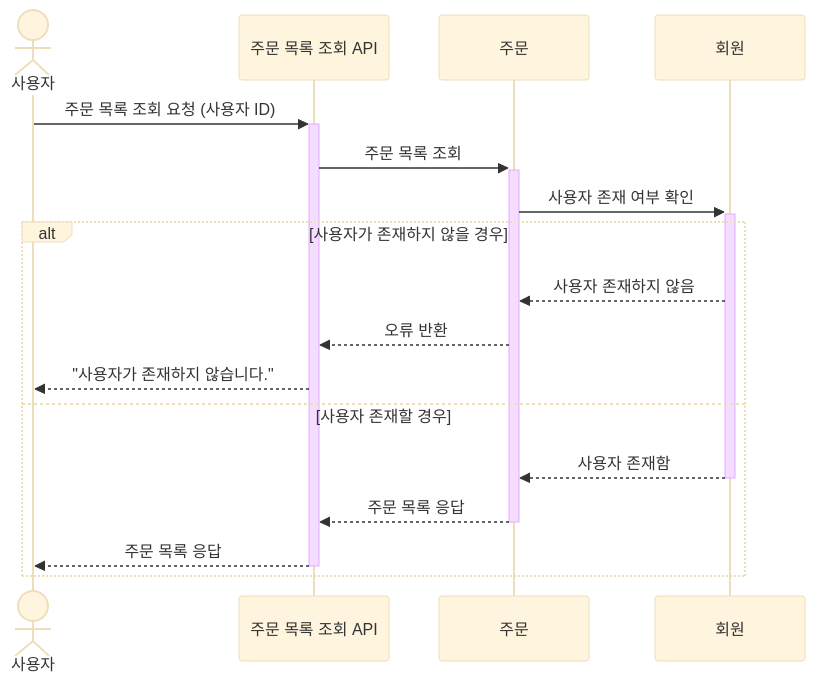
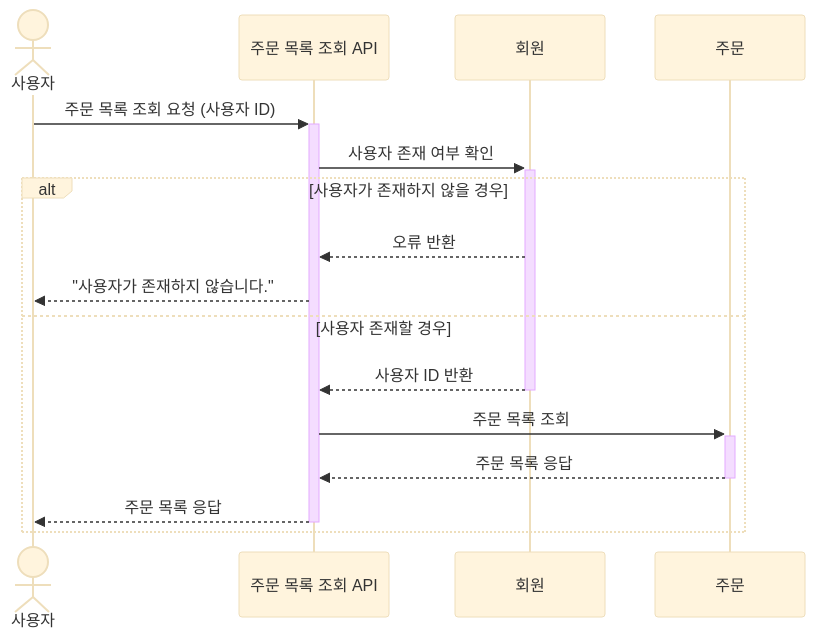
One commit to kodonghee/loopers-e-commerce changed the seventh of 8 diagrams in docs/design/02-sequence-diagrams.md. Above: the diagram before and after it, drawn with Mermaid (base theme). The commit also changed other lines of this file, not shown here.

Commit message:
fix: 시퀀스 다이어그램 - 구조 변경

````diff
--- a/docs/design/02-sequence-diagrams.md
+++ b/docs/design/02-sequence-diagrams.md
@@ -221,22 +177,20 @@
 ```mermaid
 sequenceDiagram
 actor 사용자
 participant 주문 목록 조회 API
+participant 회원
 participant 주문
-participant 회원
 
     사용자->>+주문 목록 조회 API: 주문 목록 조회 요청 (사용자 ID)
 
-    주문 목록 조회 API->>+주문: 주문 목록 조회
-    주문->>+회원: 사용자 존재 여부 확인
-
+    주문 목록 조회 API->>+회원: 사용자 존재 여부 확인
     alt 사용자가 존재하지 않을 경우
-        회원-->>주문: 사용자 존재하지 않음
-        주문-->>주문 목록 조회 API: 오류 반환
+        회원-->>주문 목록 조회 API: 오류 반환
         주문 목록 조회 API-->>사용자: "사용자가 존재하지 않습니다."
     else 사용자 존재할 경우
-        회원-->>-주문: 사용자 존재함
+        회원-->>-주문 목록 조회 API: 사용자 ID 반환
+        주문 목록 조회 API->>+주문: 주문 목록 조회
         주문-->>-주문 목록 조회 API: 주문 목록 응답
         주문 목록 조회 API-->>-사용자: 주문 목록 응답
     end
 ```
````
